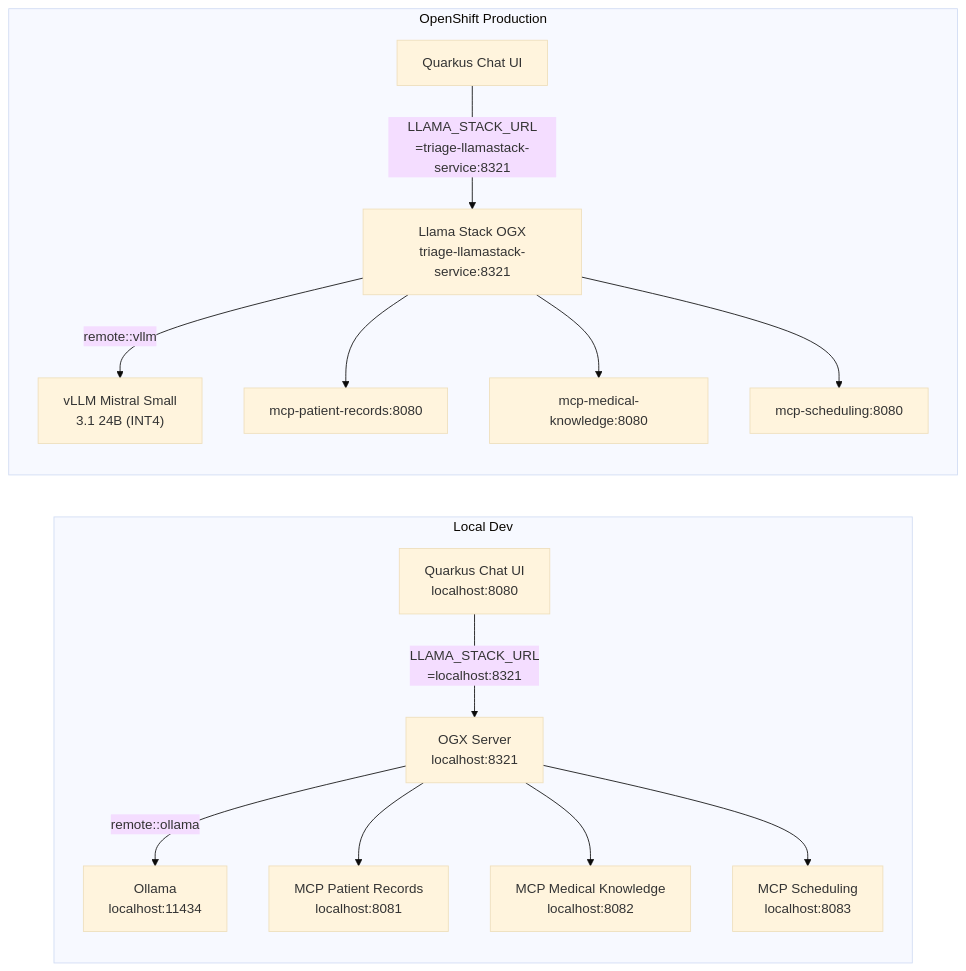
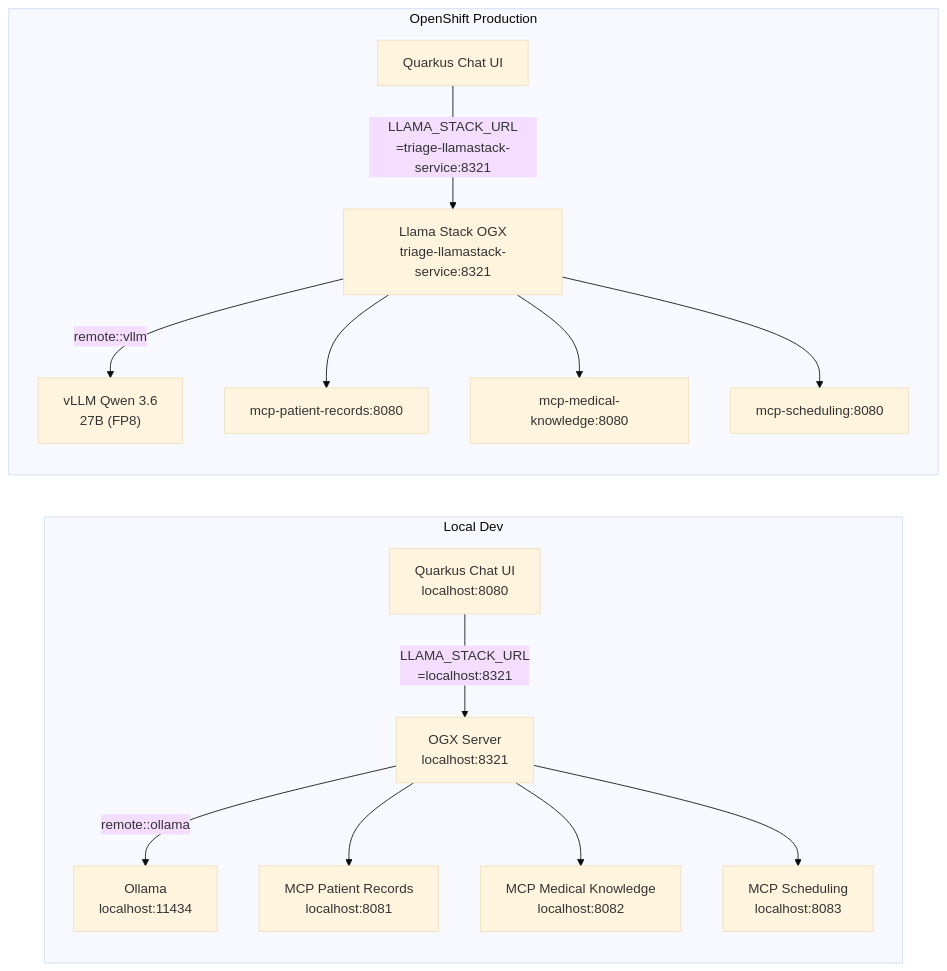
Before and after one commit to nikolaus-lemberski/openshift-agentic-ai: the diagram in docs/local-dev-environment.md, drawn with Mermaid (base theme). The commit also changed other lines of this file and 13 other files, not shown here.

````diff
--- a/docs/local-dev-environment.md
+++ b/docs/local-dev-environment.md
@@ -14,32 +14,32 @@
 ```mermaid
 graph LR
     subgraph localDev [Local Dev]
         OllamaLocal["Ollama\nlocalhost:11434"]
         OGXLocal["OGX Server\nlocalhost:8321"]
         MCP1L["MCP Patient Records\nlocalhost:8081"]
         MCP2L["MCP Medical Knowledge\nlocalhost:8082"]
         MCP3L["MCP Scheduling\nlocalhost:8083"]
         AppL["Quarkus Chat UI\nlocalhost:8080"]
 
         AppL -->|"LLAMA_STACK_URL\n=localhost:8321"| OGXLocal
         OGXLocal -->|"remote::ollama"| OllamaLocal
         OGXLocal --> MCP1L
         OGXLocal --> MCP2L
         OGXLocal --> MCP3L
     end
 
     subgraph prod [OpenShift Production]
-        vLLM1["vLLM Mistral Small\n3.1 24B (INT4)"]
+        vLLM1["vLLM Qwen 3.6\n27B (FP8)"]
         OGXProd["Llama Stack OGX\ntriage-llamastack-service:8321"]
         MCP1P["mcp-patient-records:8080"]
         MCP2P["mcp-medical-knowledge:8080"]
         MCP3P["mcp-scheduling:8080"]
         AppP["Quarkus Chat UI"]
 
         AppP -->|"LLAMA_STACK_URL\n=triage-llamastack-service:8321"| OGXProd
         OGXProd -->|"remote::vllm"| vLLM1
         OGXProd --> MCP1P
         OGXProd --> MCP2P
         OGXProd --> MCP3P
     end
 ```
````
